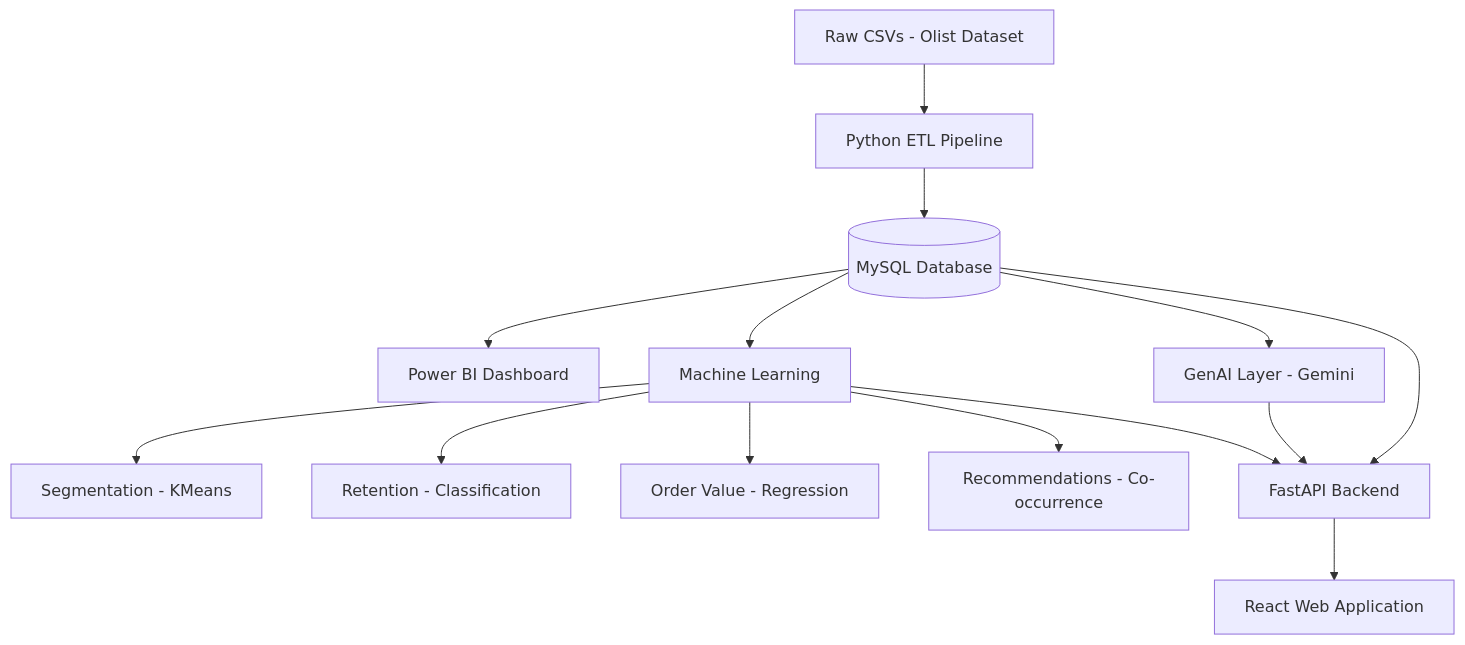
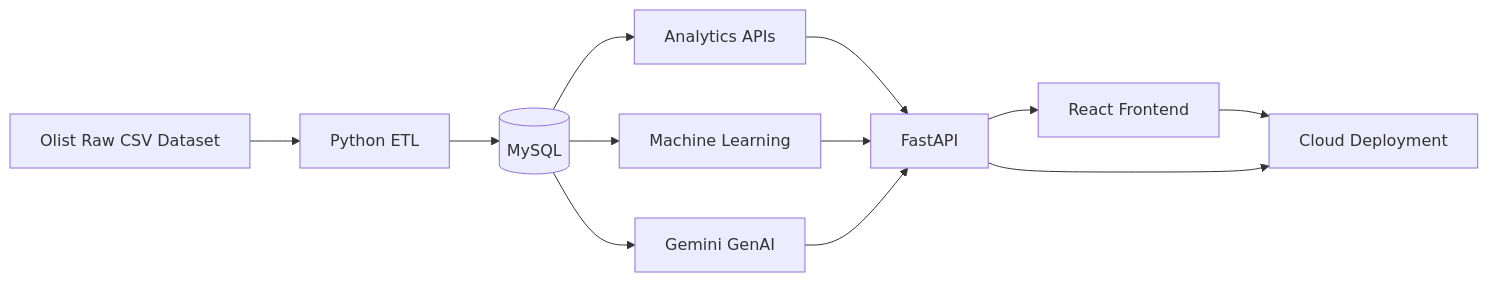
The diagram in README.md (Krishna-Malwad/Customer-Intelligence-Analytics-Platform), drawn with Mermaid before and after one commit. The commit also changed other lines of this file, not shown here.

Commit message:
Improve project README for production deployment

````diff
--- a/README.md
+++ b/README.md
@@ -18,16 +78,28 @@
 ```mermaid
-flowchart TD
-    A[Raw CSVs - Olist Dataset] --> B[Python ETL Pipeline]
-    B --> C[(MySQL Database)]
-    C --> D[Power BI Dashboard]
-    C --> E[Machine Learning]
-    E --> E1[Segmentation - KMeans]
-    E --> E2[Retention - Classification]
-    E --> E3[Order Value - Regression]
-    E --> E4[Recommendations - Co-occurrence]
-    C --> F[GenAI Layer - Gemini]
-    E --> G[FastAPI Backend]
+flowchart LR
+
+    A[Olist Raw CSV Dataset]
+    B[Python ETL]
+    C[(MySQL)]
+    D[Analytics APIs]
+    E[Machine Learning]
+    F[Gemini GenAI]
+    G[FastAPI]
+    H[React Frontend]
+    I[Cloud Deployment]
+
+    A --> B
+    B --> C
+
+    C --> D
+    C --> E
+    C --> F
+
+    D --> G
+    E --> G
     F --> G
-    C --> G
-    G --> H[React Web Application]
+
+    G --> H
+    H --> I
+    G --> I
 ```
````
